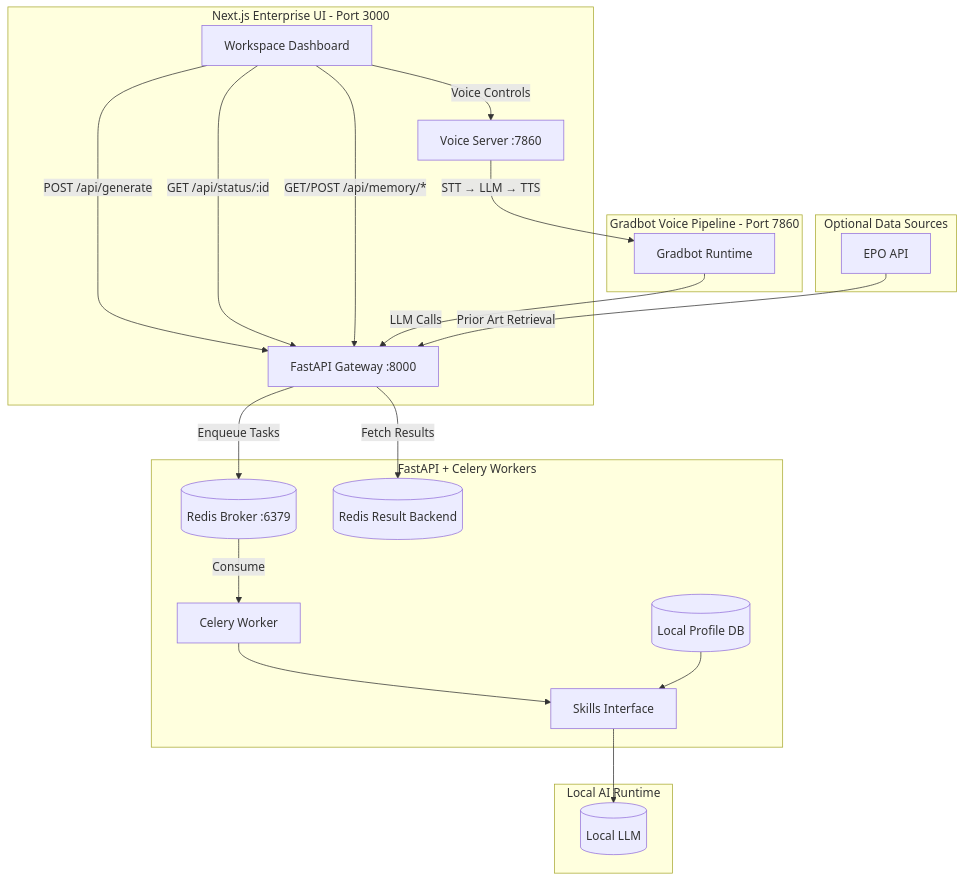
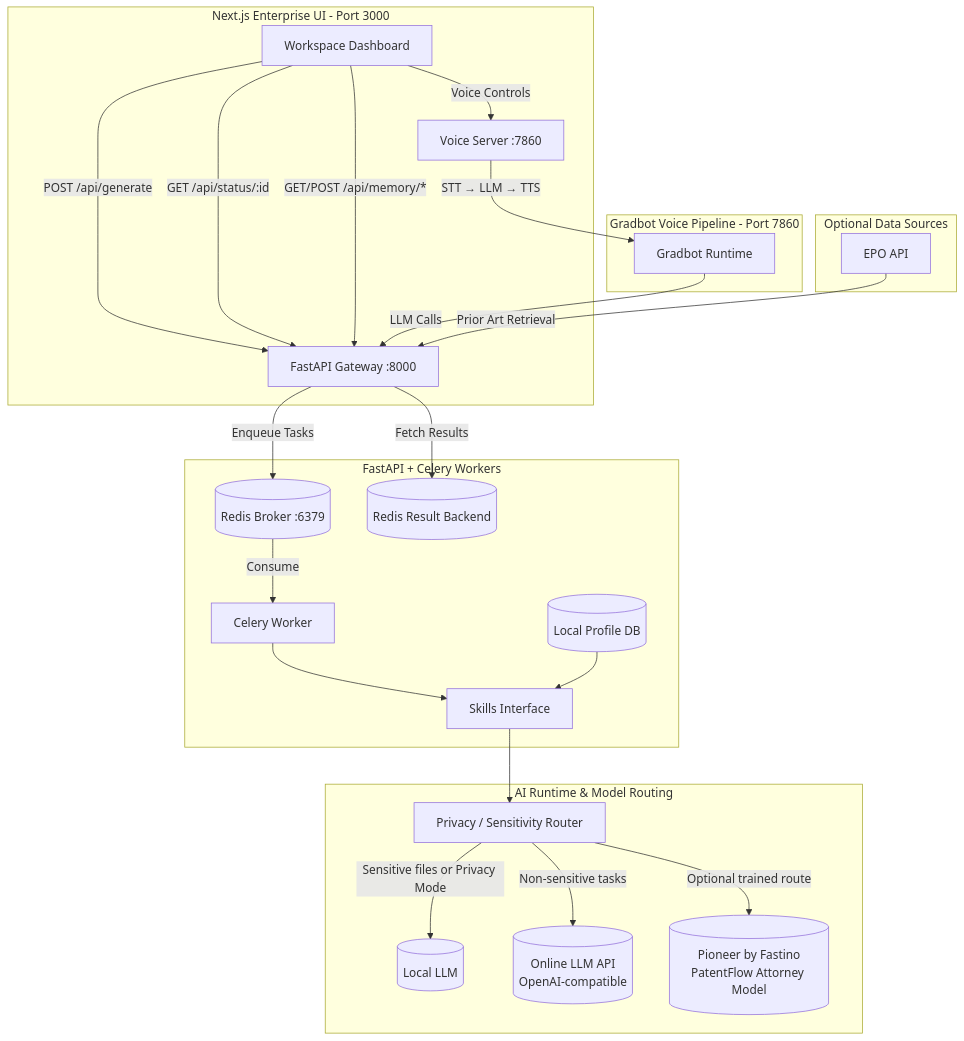
One commit to sinonchum/PatentFlow changed the diagram in README.md. Above: the diagram before and after it, drawn with Mermaid. The commit also changed other lines of this file, not shown here.

Commit message:
docs: clarify hybrid local and online model routing

````diff
--- a/README.md
+++ b/README.md
@@ -51,32 +51,35 @@
 ```mermaid
 graph TD
     subgraph Frontend [Next.js Enterprise UI - Port 3000]
         UI[Workspace Dashboard]
         UI -->|POST /api/generate| API[FastAPI Gateway :8000]
         UI -->|GET /api/status/:id| API
         UI -->|GET/POST /api/memory/*| API
         UI -->|Voice Controls| VoiceS[Voice Server :7860]
     end
 
     subgraph Voice [Gradbot Voice Pipeline - Port 7860]
         VoiceS -->|STT → LLM → TTS| GradbotRT[Gradbot Runtime]
         GradbotRT -->|LLM Calls| API
     end
 
     subgraph Backend [FastAPI + Celery Workers]
         API -->|Enqueue Tasks| Broker[(Redis Broker :6379)]
         API -->|Fetch Results| BackendRedis[(Redis Result Backend)]
         Broker -->|Consume| Worker[Celery Worker]
 
         Worker --> Skills[Skills Interface]
         SQLite[(Local Profile DB)] --> Skills
     end
 
     subgraph External [Optional Data Sources]
         EPO[EPO API] -->|Prior Art Retrieval| API
     end
 
-    subgraph AI [Local AI Runtime]
-        Skills --> LLM[(Local LLM)]
+    subgraph AI [AI Runtime & Model Routing]
+        Skills --> Router[Privacy / Sensitivity Router]
+        Router -->|Sensitive files or Privacy Mode| LocalLLM[(Local LLM)]
+        Router -->|Non-sensitive tasks| OnlineAPI[(Online LLM API<br/>OpenAI-compatible)]
+        Router -->|Optional trained route| Fastino[(Pioneer by Fastino<br/>PatentFlow Attorney Model)]
     end
 ```
````
